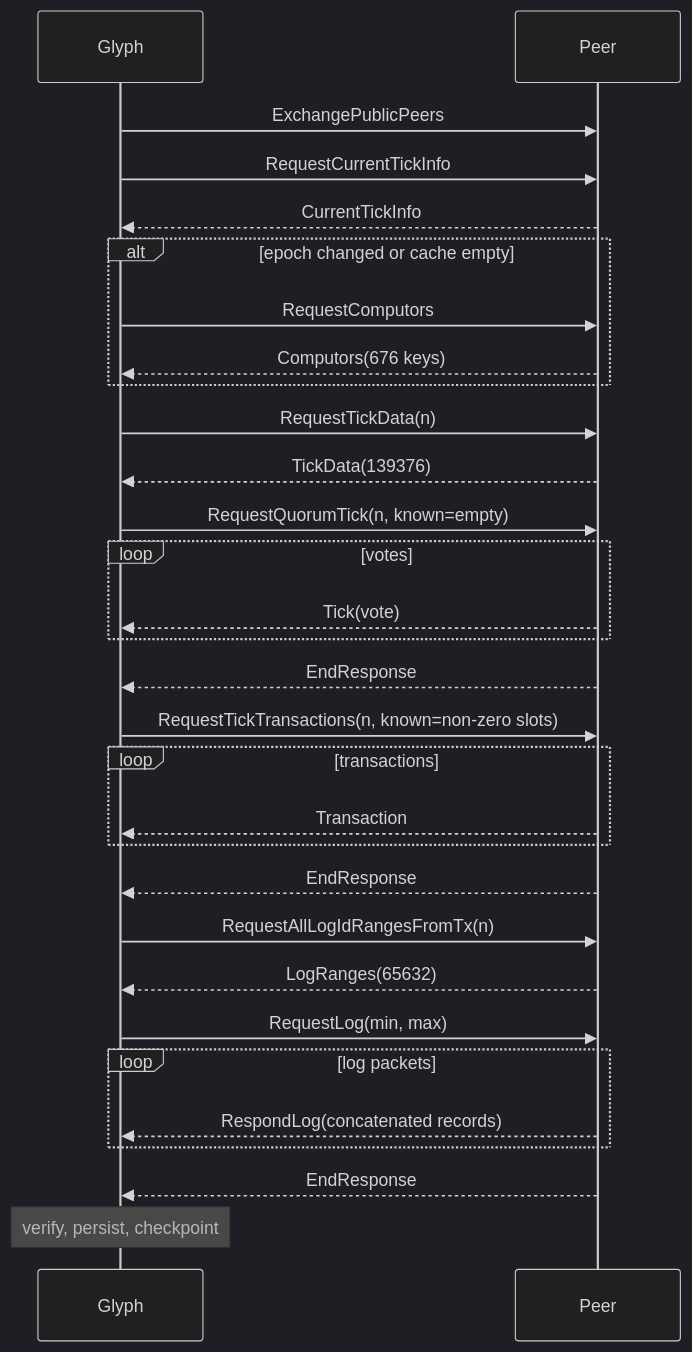
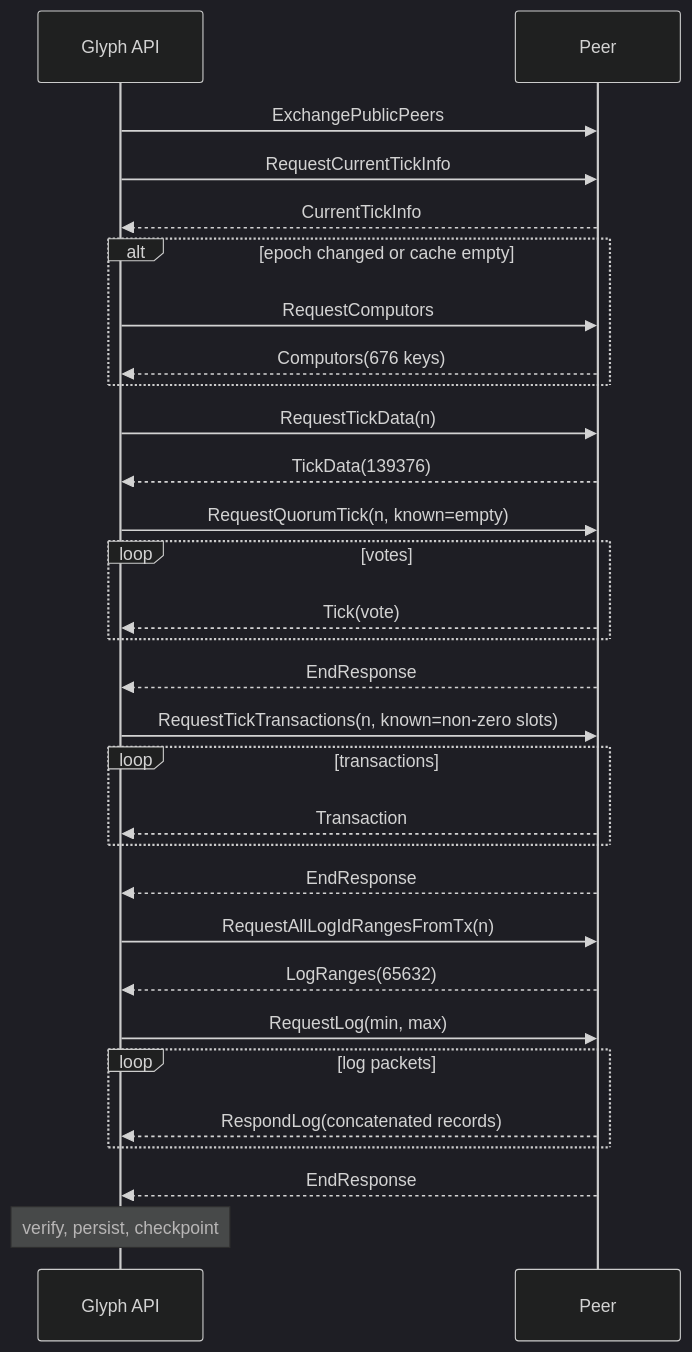
The second of 2 diagrams in docs/PROTOCOL.md (glyphq/service), drawn with Mermaid (dark theme) before and after one commit. The commit also changed other lines of this file and 3 other files, not shown here.

Commit message:
docs: rename to Glyph API and list system requirements

````diff
--- a/docs/PROTOCOL.md
+++ b/docs/PROTOCOL.md
@@ -374,35 +374,35 @@
 ```mermaid
 sequenceDiagram
-    participant G as Glyph
+    participant G as Glyph API
     participant P as Peer
 
     G->>P: ExchangePublicPeers
     G->>P: RequestCurrentTickInfo
     P-->>G: CurrentTickInfo
 
     alt epoch changed or cache empty
         G->>P: RequestComputors
         P-->>G: Computors(676 keys)
     end
 
     G->>P: RequestTickData(n)
     P-->>G: TickData(139376)
     G->>P: RequestQuorumTick(n, known=empty)
     loop votes
         P-->>G: Tick(vote)
     end
     P-->>G: EndResponse
     G->>P: RequestTickTransactions(n, known=non-zero slots)
     loop transactions
         P-->>G: Transaction
     end
     P-->>G: EndResponse
     G->>P: RequestAllLogIdRangesFromTx(n)
     P-->>G: LogRanges(65632)
     G->>P: RequestLog(min, max)
     loop log packets
         P-->>G: RespondLog(concatenated records)
     end
     P-->>G: EndResponse
     Note over G: verify, persist, checkpoint
 ```
````
